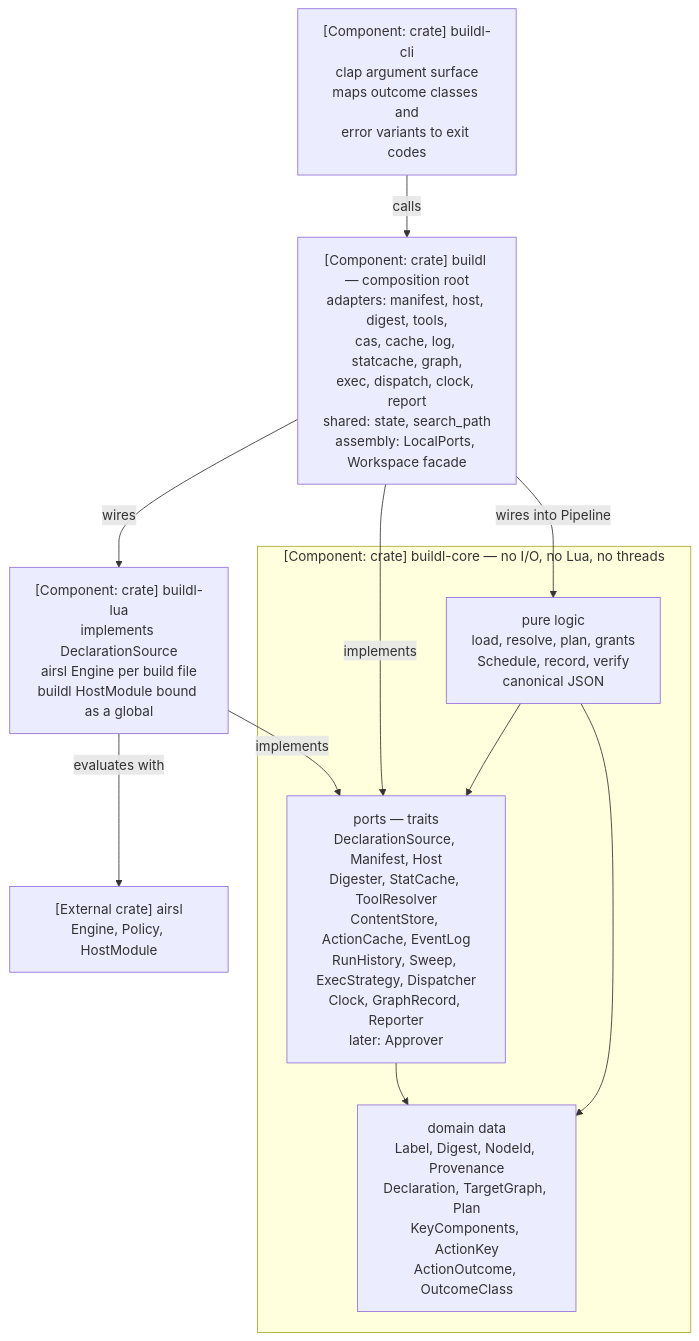
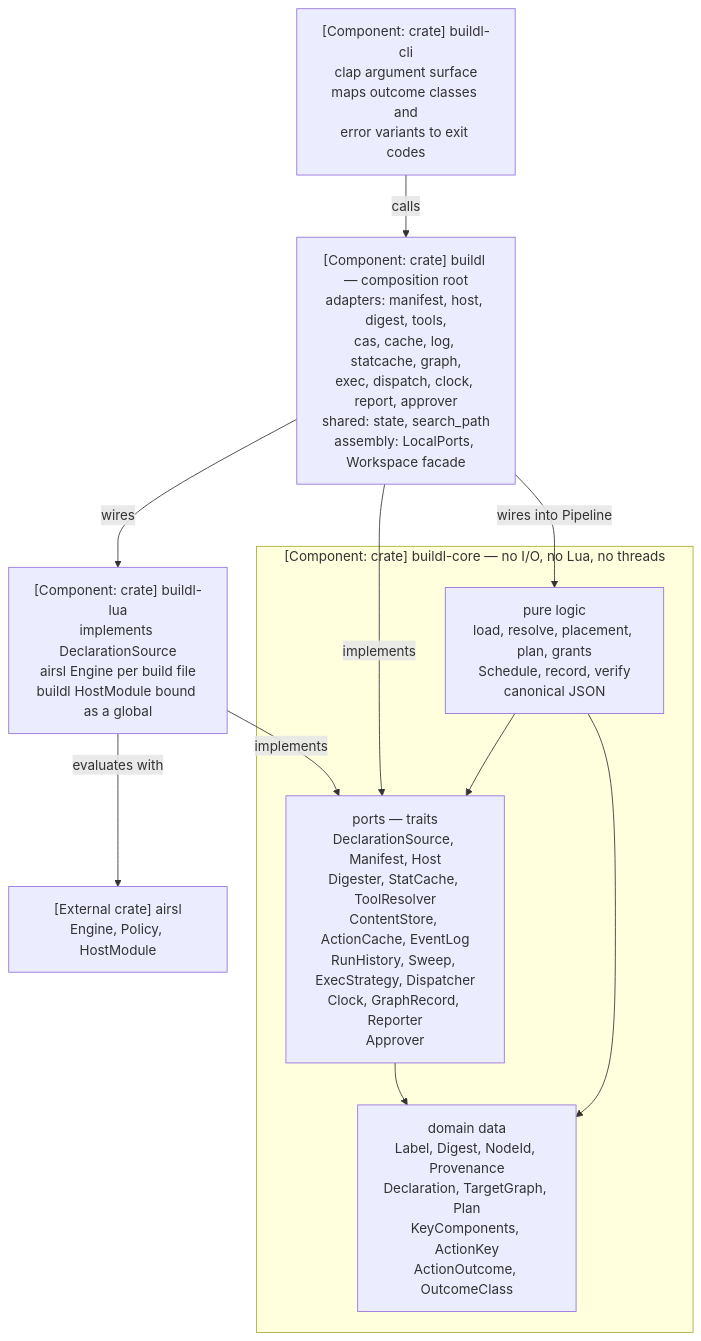
Before and after one commit to airsstack/buildl: the fourth of 7 diagrams in docs/architecture-building-blocks.md, drawn with Mermaid. The commit also changed other lines of this file and 102 other files, not shown here.

First line of the commit message:
Grant negotiation: approver, built programs and buildl doctor (#15)

````diff
--- a/docs/architecture-building-blocks.md
+++ b/docs/architecture-building-blocks.md
@@ -102,22 +102,22 @@
 ```mermaid
 %% C4 level 3 — components inside the CLI process
 graph TD
     CLI["[Component: crate] buildl-cli<br/>clap argument surface<br/>maps outcome classes and<br/>error variants to exit codes"]
-    LIB["[Component: crate] buildl — composition root<br/>adapters: manifest, host, digest, tools,<br/>cas, cache, log, statcache, graph,<br/>exec, dispatch, clock, report<br/>shared: state, search_path<br/>assembly: LocalPorts, Workspace facade"]
+    LIB["[Component: crate] buildl — composition root<br/>adapters: manifest, host, digest, tools,<br/>cas, cache, log, statcache, graph,<br/>exec, dispatch, clock, report, approver<br/>shared: state, search_path<br/>assembly: LocalPorts, Workspace facade"]
     LUA["[Component: crate] buildl-lua<br/>implements DeclarationSource<br/>airsl Engine per build file<br/>buildl HostModule bound as a global"]
     subgraph CORE["[Component: crate] buildl-core — no I/O, no Lua, no threads"]
         DATA["domain data<br/>Label, Digest, NodeId, Provenance<br/>Declaration, TargetGraph, Plan<br/>KeyComponents, ActionKey<br/>ActionOutcome, OutcomeClass"]
-        PORTS["ports — traits<br/>DeclarationSource, Manifest, Host<br/>Digester, StatCache, ToolResolver<br/>ContentStore, ActionCache, EventLog<br/>RunHistory, Sweep, ExecStrategy, Dispatcher<br/>Clock, GraphRecord, Reporter<br/>later: Approver"]
-        LOGIC["pure logic<br/>load, resolve, plan, grants<br/>Schedule, record, verify<br/>canonical JSON"]
+        PORTS["ports — traits<br/>DeclarationSource, Manifest, Host<br/>Digester, StatCache, ToolResolver<br/>ContentStore, ActionCache, EventLog<br/>RunHistory, Sweep, ExecStrategy, Dispatcher<br/>Clock, GraphRecord, Reporter<br/>Approver"]
+        LOGIC["pure logic<br/>load, resolve, placement, plan, grants<br/>Schedule, record, verify<br/>canonical JSON"]
     end
     AIRSL["[External crate] airsl<br/>Engine, Policy, HostModule"]
     CLI -->|"calls"| LIB
     LIB -->|"wires"| LUA
     LIB -->|"implements"| PORTS
     LIB -->|"wires into Pipeline"| LOGIC
     LUA -->|"implements"| PORTS
     LUA -->|"evaluates with"| AIRSL
     LOGIC --> PORTS
     LOGIC --> DATA
     PORTS --> DATA
 ```
````
